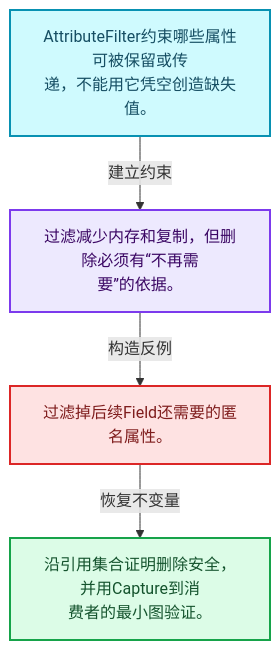
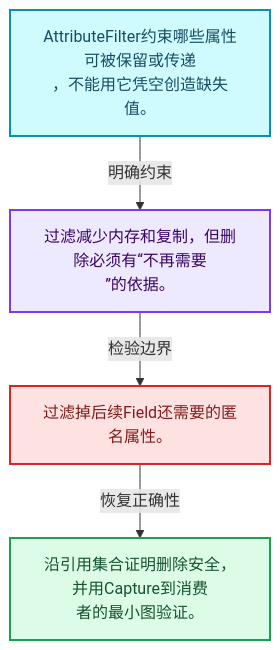
One commit to yunkezengren/blender-.vscode changed the first of 4 diagrams in 杂/markdown/全面学习-codex/10-引用生命周期与Closure/04-引用传播与过滤.md. Above: the diagram before and after it, drawn with Mermaid. The commit also changed other lines of this file and 1930 other files, not shown here.

````diff
--- a/杂/markdown/全面学习-codex/10-引用生命周期与Closure/04-引用传播与过滤.md
+++ b/杂/markdown/全面学习-codex/10-引用生命周期与Closure/04-引用传播与过滤.md
@@ -29,16 +29,16 @@
 ```mermaid
 flowchart TB
-  M["AttributeFilter约束哪些属性可被保留或传<br/>递，不能用它凭空创造缺失值。"]:::data
-  T["过滤减少内存和复制，但删除必须有“不再需<br/>要”的依据。"]:::abstraction
-  X["过滤掉后续Field还需要的匿名属性。"]:::error
-  A["沿引用集合证明删除安全，并用Capture到消<br/>费者的最小图验证。"]:::result
-  M -->|"建立约束"| T
-  T -->|"构造反例"| X
-  X -->|"恢复不变量"| A
+  M["AttributeFilter约束哪些属性可被保留或传递<br/>，不能用它凭空创造缺失值。"]:::data
+  C["过滤减少内存和复制，但删除必须有“不再需要<br/>”的依据。"]:::abstraction
+  B["过滤掉后续Field还需要的匿名属性。"]:::error
+  R["沿引用集合证明删除安全，并用Capture到消费<br/>者的最小图验证。"]:::result
+  M -->|"明确约束"| C
+  C -->|"检验边界"| B
+  B -->|"恢复正确性"| R
   classDef input fill:#DBEAFE,stroke:#2563EB,color:#172554,stroke-width:2px;
   classDef data fill:#CFFAFE,stroke:#0891B2,color:#164E63,stroke-width:2px;
   classDef abstraction fill:#EDE9FE,stroke:#7C3AED,color:#3B0764,stroke-width:2px;
   classDef compute fill:#FEF3C7,stroke:#D97706,color:#78350F,stroke-width:2px;
   classDef result fill:#DCFCE7,stroke:#16A34A,color:#14532D,stroke-width:2px;
   classDef error fill:#FEE2E2,stroke:#DC2626,color:#7F1D1D,stroke-width:2px;
 ```
````
